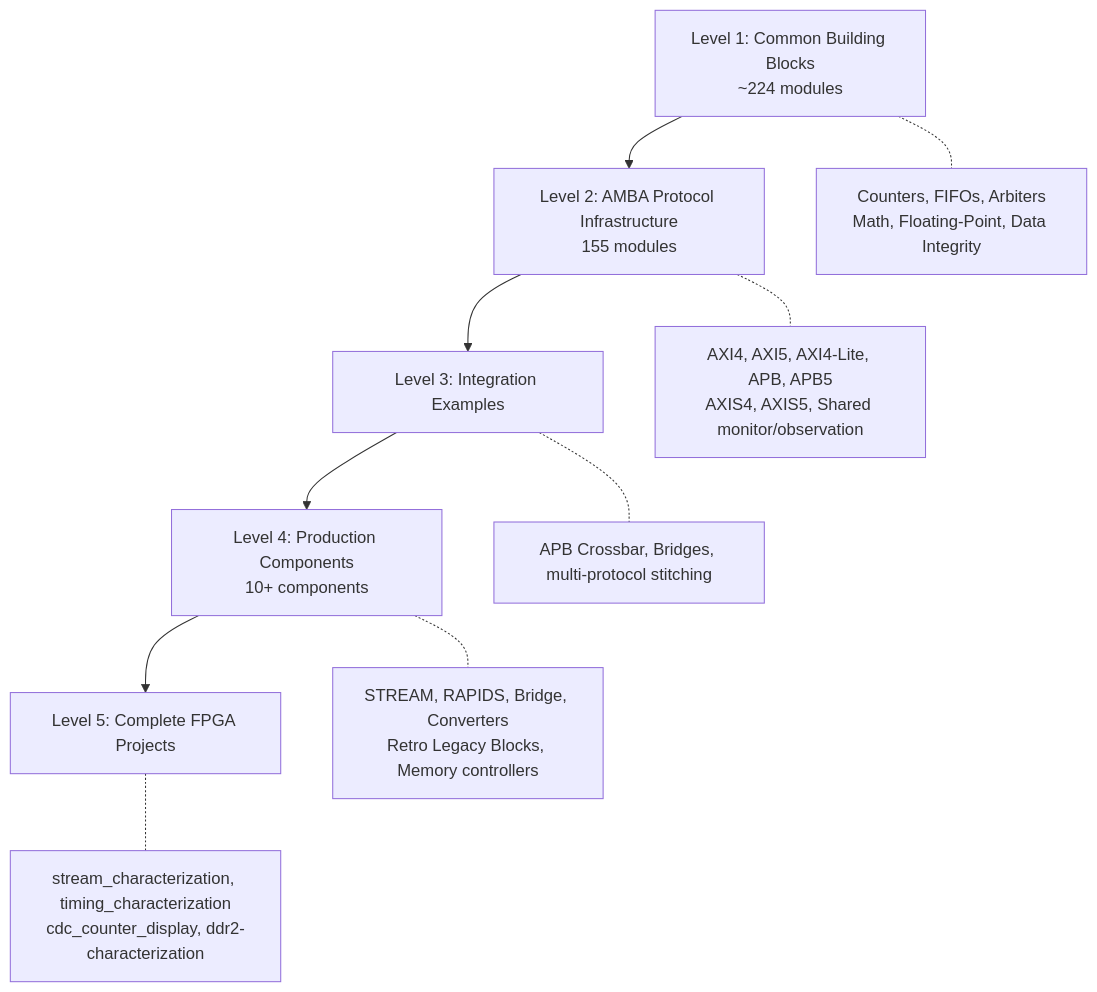
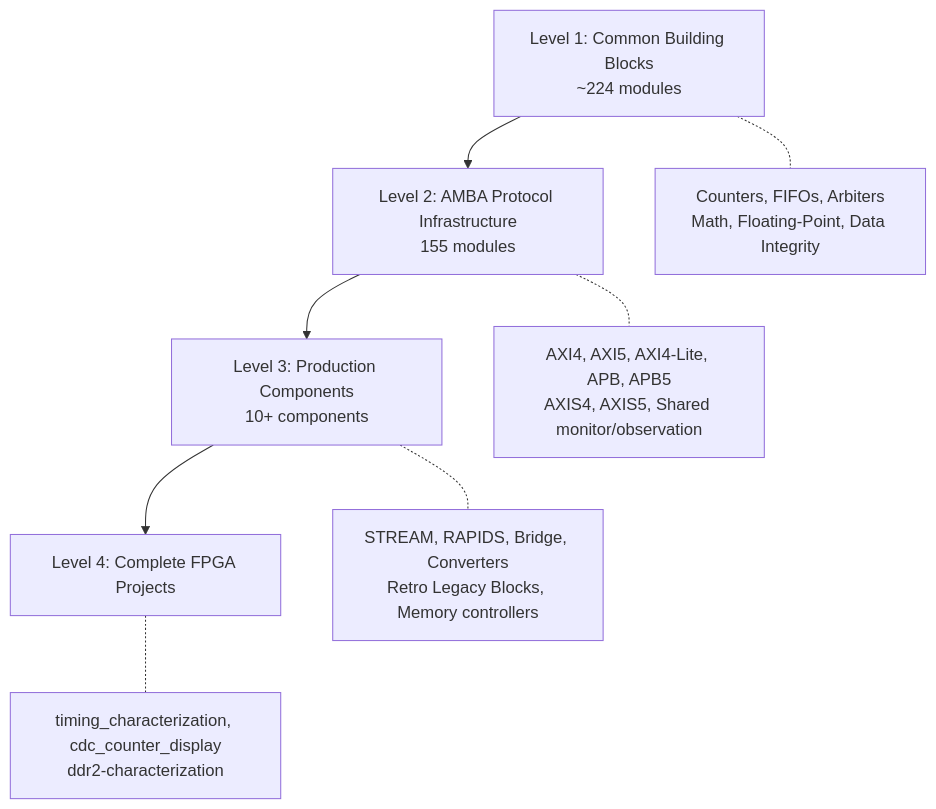
One commit to sean-galloway/RTLDesignSherpa changed the diagram in README.md. Above: the diagram before and after it, drawn with Mermaid. The commit also changed other lines of this file, not shown here.

````diff
--- a/README.md
+++ b/README.md
@@ -77,19 +76,16 @@
 ```mermaid
 graph TD
     L1[Level 1: Common Building Blocks<br/>~224 modules] --> L2[Level 2: AMBA Protocol Infrastructure<br/>155 modules]
-    L2 --> L3[Level 3: Integration Examples]
-    L3 --> L4[Level 4: Production Components<br/>10+ components]
-    L4 --> L5[Level 5: Complete FPGA Projects]
+    L2 --> L4[Level 3: Production Components<br/>10+ components]
+    L4 --> L5[Level 4: Complete FPGA Projects]
 
     L1 -.- L1D[Counters, FIFOs, Arbiters<br/>Math, Floating-Point, Data Integrity]
     L2 -.- L2D[AXI4, AXI5, AXI4-Lite, APB, APB5<br/>AXIS4, AXIS5, Shared monitor/observation]
-    L3 -.- L3D[APB Crossbar, Bridges, multi-protocol stitching]
     L4 -.- L4D[STREAM, RAPIDS, Bridge, Converters<br/>Retro Legacy Blocks, Memory controllers]
-    L5 -.- L5D[stream_characterization, timing_characterization<br/>cdc_counter_display, ddr2-characterization]
+    L5 -.- L5D[timing_characterization, cdc_counter_display<br/>ddr2-characterization]
 
     click L1 "rtl/common/" "Common Building Blocks"
     click L2 "rtl/amba/" "AMBA Protocol Infrastructure"
-    click L3 "rtl/integ_amba/" "Integration Examples"
     click L4 "projects/components/" "Production Components"
-    click L5 "projects/NexysA7/" "FPGA Projects"
+    click L5 "projects/fpga-systems/NexysA7/" "FPGA Projects"
 ```
````
